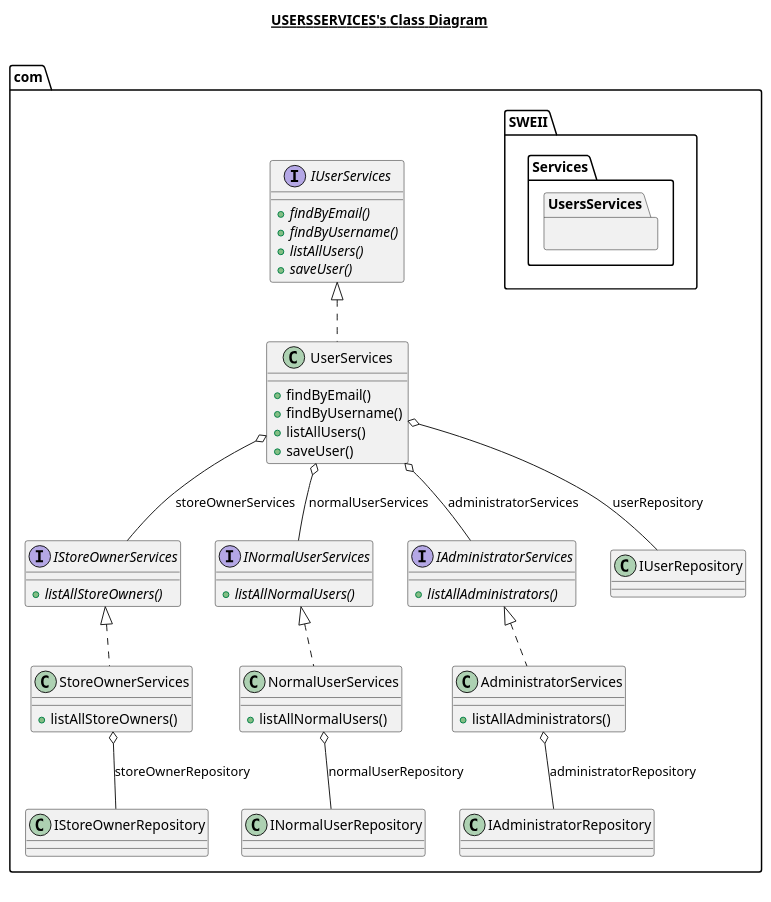
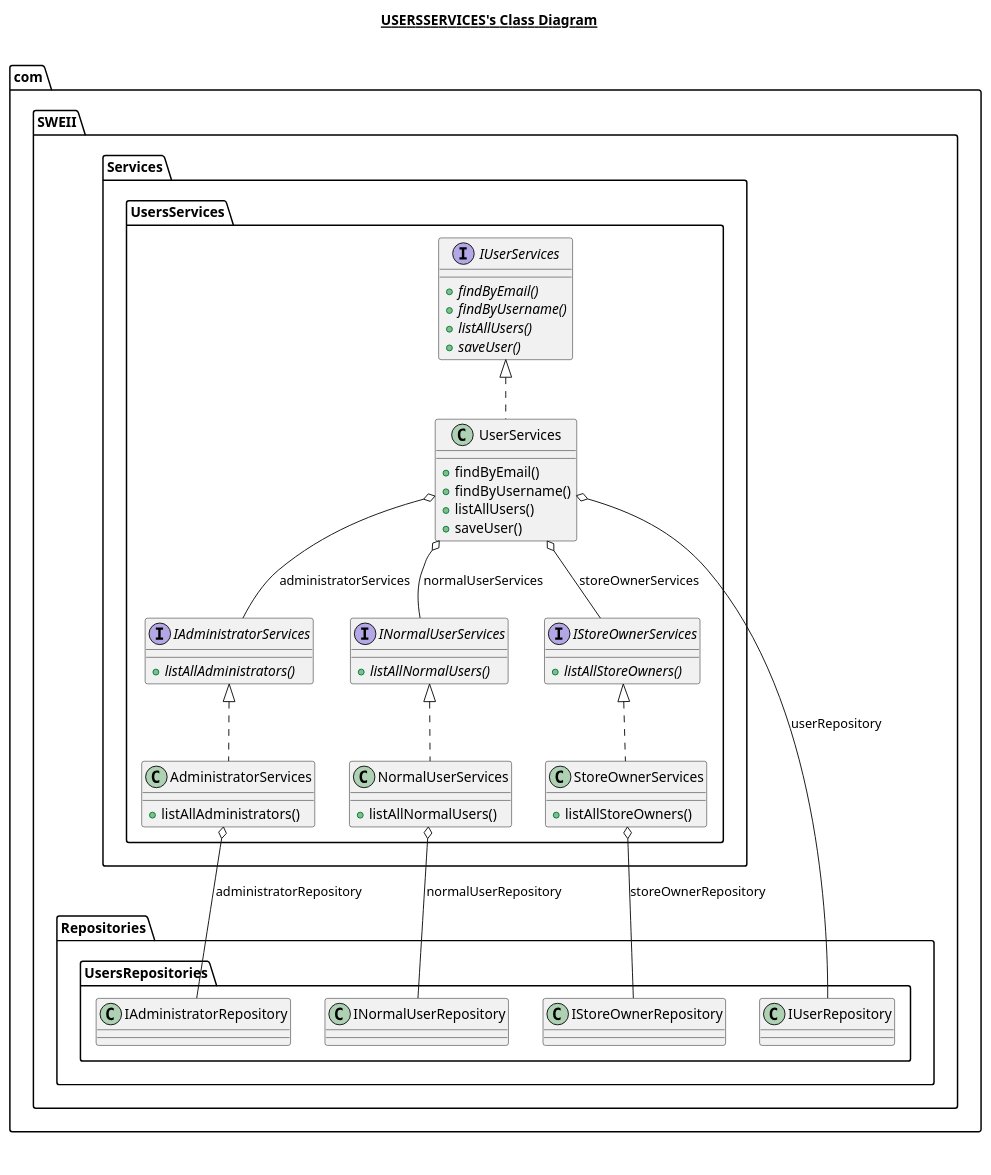
One commit to mariam-william/Online_Store_Platform changed the diagram in src/main/java/com/SWEII/Services/UsersServices/UsersServices.plantuml. Above: the diagram before and after it, drawn with PlantUML. The commit also changed 15 other files, not shown here.

```diff
--- a/src/main/java/com/SWEII/Services/UsersServices/UsersServices.plantuml
+++ b/src/main/java/com/SWEII/Services/UsersServices/UsersServices.plantuml
@@ -1,100 +1,101 @@
 @startuml
 
 title __USERSSERVICES's Class Diagram__\n
 
   namespace com.SWEII {
     namespace Services.UsersServices {
-      class com.AdministratorServices {
+      class com.SWEII.Services.UsersServices.AdministratorServices {
           + listAllAdministrators()
       }
     }
   }
   
 
   namespace com.SWEII {
     namespace Services.UsersServices {
-      interface com.IAdministratorServices {
+      interface com.SWEII.Services.UsersServices.IAdministratorServices {
           {abstract} + listAllAdministrators()
       }
     }
   }
   
 
   namespace com.SWEII {
     namespace Services.UsersServices {
-      interface com.INormalUserServices {
+      interface com.SWEII.Services.UsersServices.INormalUserServices {
           {abstract} + listAllNormalUsers()
       }
     }
   }
   
 
   namespace com.SWEII {
     namespace Services.UsersServices {
-      interface com.IStoreOwnerServices {
+      interface com.SWEII.Services.UsersServices.IStoreOwnerServices {
           {abstract} + listAllStoreOwners()
       }
     }
   }
   
 
   namespace com.SWEII {
     namespace Services.UsersServices {
-      interface com.IUserServices {
+      interface com.SWEII.Services.UsersServices.IUserServices {
           {abstract} + findByEmail()
           {abstract} + findByUsername()
           {abstract} + listAllUsers()
           {abstract} + saveUser()
       }
     }
   }
   
 
   namespace com.SWEII {
     namespace Services.UsersServices {
-      class com.NormalUserServices {
+      class com.SWEII.Services.UsersServices.NormalUserServices {
           + listAllNormalUsers()
       }
     }
   }
   
 
   namespace com.SWEII {
     namespace Services.UsersServices {
-      class com.StoreOwnerServices {
+      class com.SWEII.Services.UsersServices.StoreOwnerServices {
           + listAllStoreOwners()
       }
     }
   }
   
 
   namespace com.SWEII {
     namespace Services.UsersServices {
-      class com.UserServices {
+      class com.SWEII.Services.UsersServices.UserServices {
           + findByEmail()
           + findByUsername()
           + listAllUsers()
           + saveUser()
       }
     }
   }
   
 
-  com.AdministratorServices .up.|> com.IAdministratorServices
-  com.AdministratorServices o-- com.IAdministratorRepository : administratorRepository
-  com.NormalUserServices .up.|> com.INormalUserServices
-  com.NormalUserServices o-- com.INormalUserRepository : normalUserRepository
-  com.StoreOwnerServices .up.|> com.IStoreOwnerServices
-  com.StoreOwnerServices o-- com.IStoreOwnerRepository : storeOwnerRepository
-  com.UserServices .up.|> com.IUserServices
-  com.UserServices o-- com.IAdministratorServices : administratorServices
-  com.UserServices o-- com.INormalUserServices : normalUserServices
-  com.UserServices o-- com.IStoreOwnerServices : storeOwnerServices
-  com.UserServices o-- com.IUserRepository : userRepository
+  com.SWEII.Services.UsersServices.AdministratorServices .up.|> com.SWEII.Services.UsersServices.IAdministratorServices
+  com.SWEII.Services.UsersServices.AdministratorServices o-- com.SWEII.Repositories.UsersRepositories.IAdministratorRepository : administratorRepository
+  com.SWEII.Services.UsersServices.NormalUserServices .up.|> com.SWEII.Services.UsersServices.INormalUserServices
+  com.SWEII.Services.UsersServices.NormalUserServices o-- com.SWEII.Repositories.UsersRepositories.INormalUserRepository : normalUserRepository
+  com.SWEII.Services.UsersServices.StoreOwnerServices .up.|> com.SWEII.Services.UsersServices.IStoreOwnerServices
+  com.SWEII.Services.UsersServices.StoreOwnerServices o-- com.SWEII.Repositories.UsersRepositories.IStoreOwnerRepository : storeOwnerRepository
+  com.SWEII.Services.UsersServices.UserServices .up.|> com.SWEII.Services.UsersServices.IUserServices
+  com.SWEII.Services.UsersServices.UserServices o-- com.SWEII.Services.UsersServices.IAdministratorServices : administratorServices
+  com.SWEII.Services.UsersServices.UserServices o-- com.SWEII.Services.UsersServices.INormalUserServices : normalUserServices
+  com.SWEII.Services.UsersServices.UserServices o-- com.SWEII.Services.UsersServices.IStoreOwnerServices : storeOwnerServices
+  com.SWEII.Services.UsersServices.UserServices o-- com.SWEII.Repositories.UsersRepositories.IUserRepository : userRepository
 
 
 right footer
 
+
 endfooter
 
 @enduml
```
